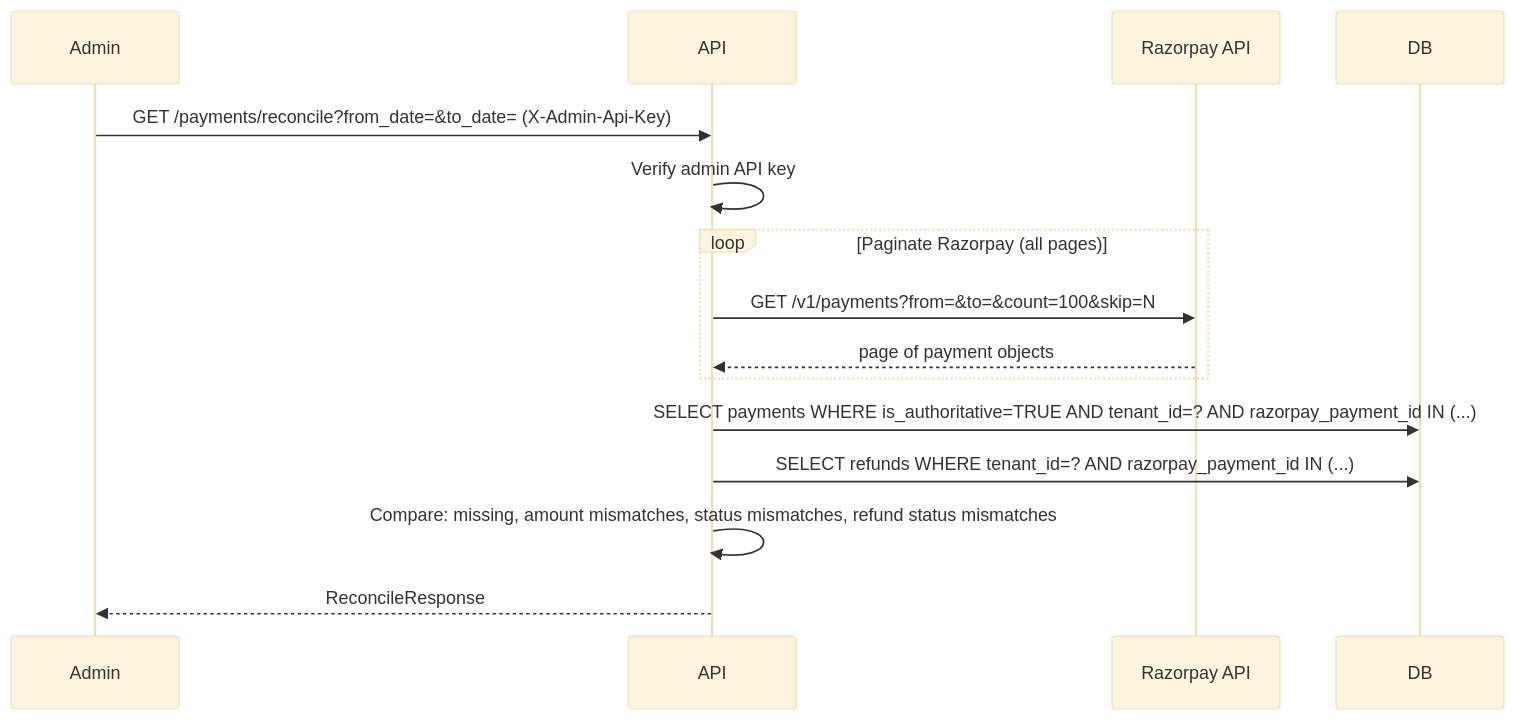
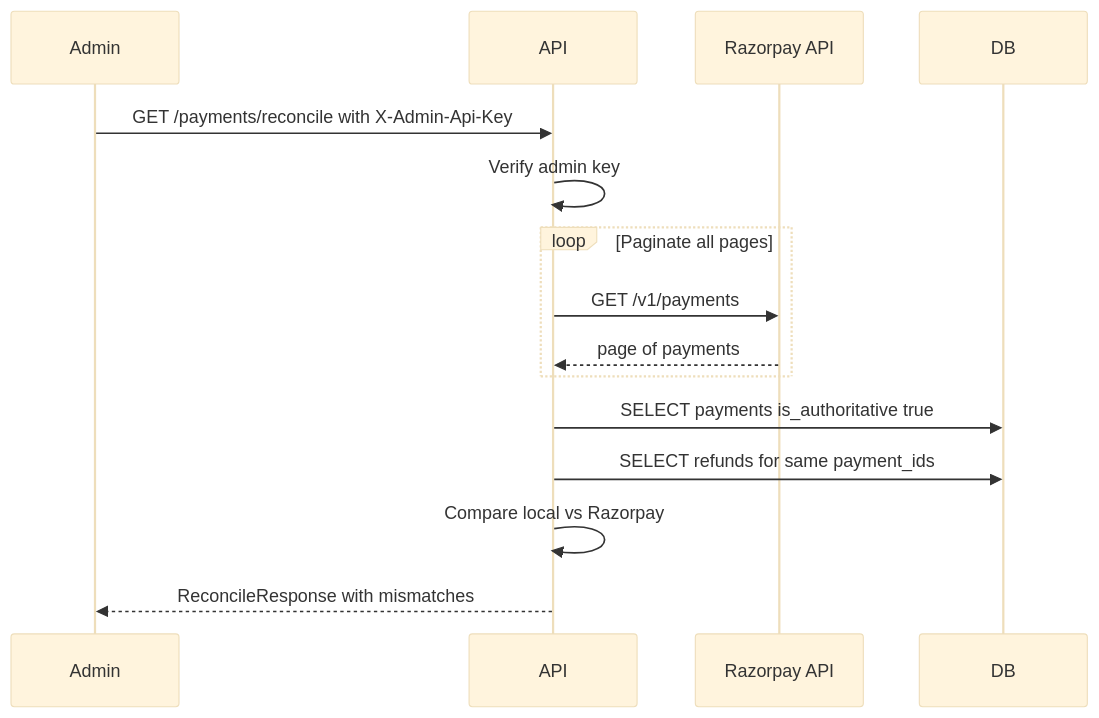
Before and after one commit to akhiljoe/razorpay-payment-integration: the ninth of 10 diagrams in designs/DESIGN_v5.md, drawn with Mermaid (base theme). The commit also changed other lines of this file, not shown here.

Commit message:
Clean up DESIGN_v5: fix mermaid parse errors, trim duplicate content

````diff
--- a/designs/DESIGN_v5.md
+++ b/designs/DESIGN_v5.md
@@ -854,18 +836,18 @@
 ```mermaid
 sequenceDiagram
     participant Admin
     participant API
     participant RZP as Razorpay API
     participant DB
 
-    Admin->>API: GET /payments/reconcile?from_date=&to_date= (X-Admin-Api-Key)
-    API->>API: Verify admin API key
-    loop Paginate Razorpay (all pages)
-        API->>RZP: GET /v1/payments?from=&to=&count=100&skip=N
-        RZP-->>API: page of payment objects
+    Admin->>API: GET /payments/reconcile with X-Admin-Api-Key
+    API->>API: Verify admin key
+    loop Paginate all pages
+        API->>RZP: GET /v1/payments
+        RZP-->>API: page of payments
     end
-    API->>DB: SELECT payments WHERE is_authoritative=TRUE AND tenant_id=? AND razorpay_payment_id IN (...)
-    API->>DB: SELECT refunds WHERE tenant_id=? AND razorpay_payment_id IN (...)
-    API->>API: Compare: missing, amount mismatches, status mismatches, refund status mismatches
-    API-->>Admin: ReconcileResponse
+    API->>DB: SELECT payments is_authoritative true
+    API->>DB: SELECT refunds for same payment_ids
+    API->>API: Compare local vs Razorpay
+    API-->>Admin: ReconcileResponse with mismatches
 ```
````
